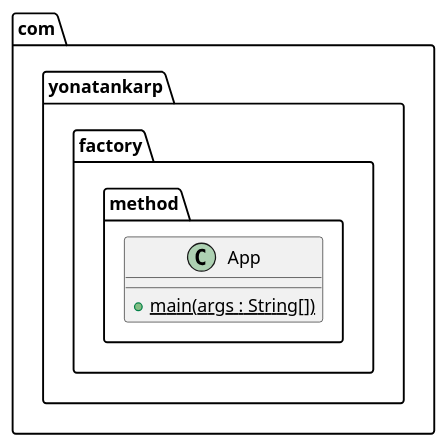
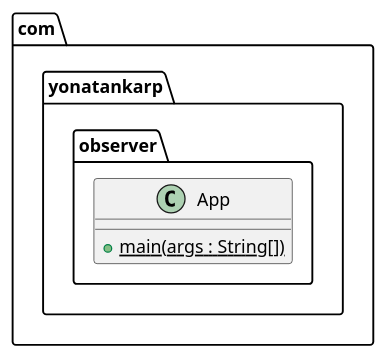
Before and after one commit to yonatankarp/kotlin-design-patterns: the diagram in observer/etc/observer.puml, drawn with PlantUML. The commit also changed 19 other files, not shown here.

```diff
--- a/observer/etc/observer.puml
+++ b/observer/etc/observer.puml
@@ -1,7 +1,7 @@
 @startuml
-package com.yonatankarp.factory.method {
+package com.yonatankarp.observer {
   class App {
     + main(args : String[]) {static}
   }
 }
 @enduml
```
